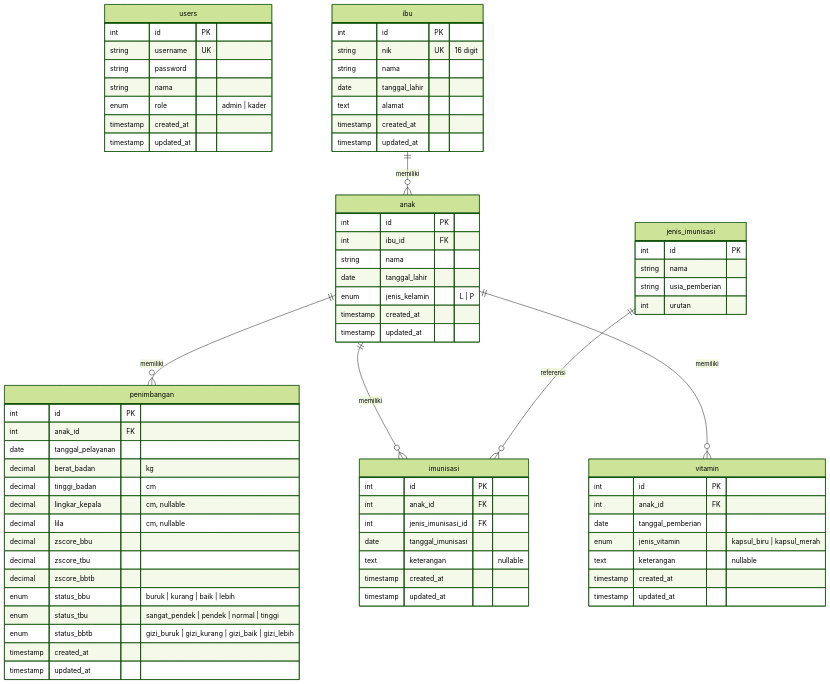
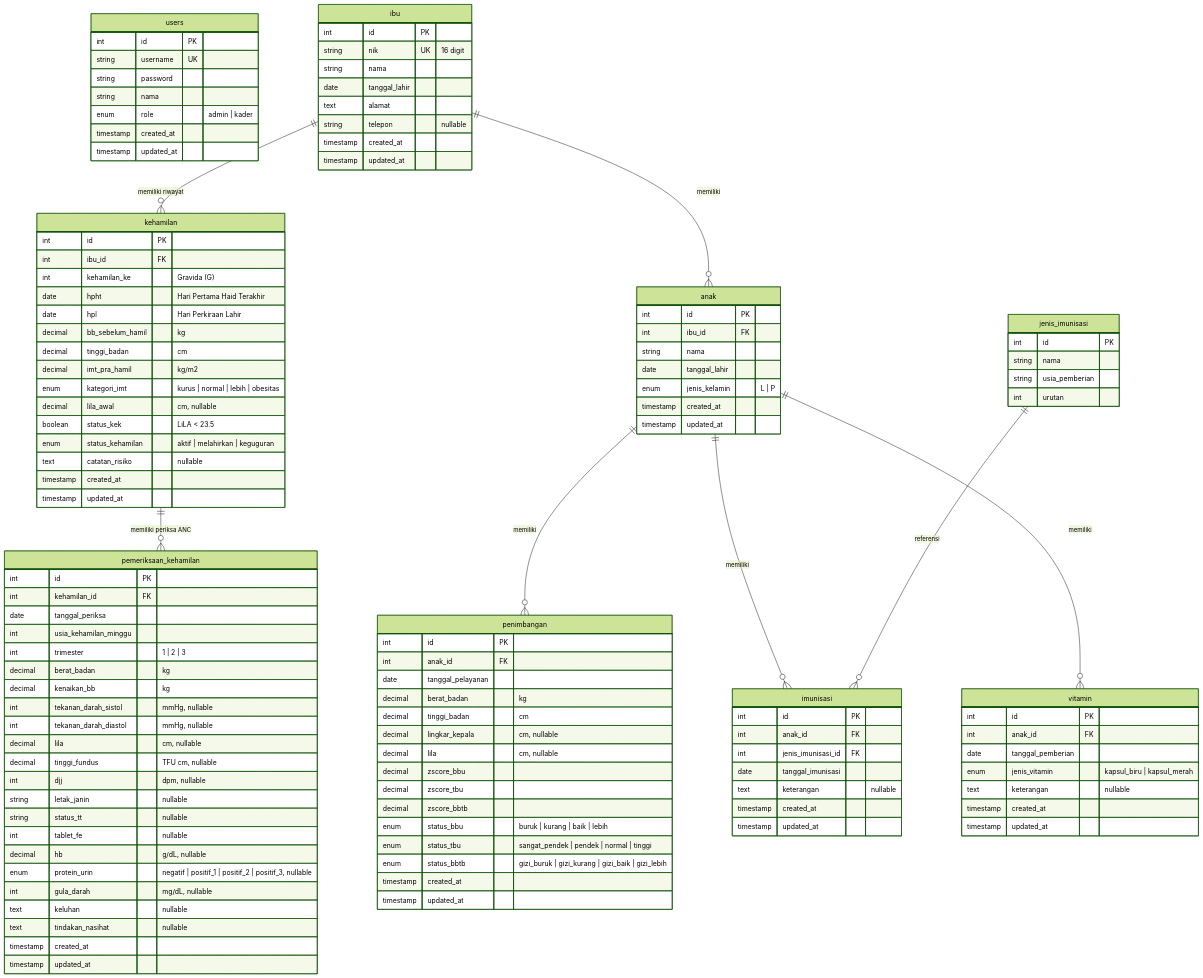
One commit to cubefreaker/posyandu changed the diagram in docs/ERD.md. Above: the diagram before and after it, drawn with Mermaid (forest theme). The commit also changed 32 other files, not shown here.

```diff
--- a/docs/ERD.md
+++ b/docs/ERD.md
@@ -20,6 +20,50 @@
         string nama
         date tanggal_lahir
         text alamat
+        string telepon "nullable"
+        timestamp created_at
+        timestamp updated_at
+    }
+
+    kehamilan {
+        int id PK
+        int ibu_id FK
+        int kehamilan_ke "Gravida (G)"
+        date hpht "Hari Pertama Haid Terakhir"
+        date hpl "Hari Perkiraan Lahir"
+        decimal bb_sebelum_hamil "kg"
+        decimal tinggi_badan "cm"
+        decimal imt_pra_hamil "kg/m2"
+        enum kategori_imt "kurus | normal | lebih | obesitas"
+        decimal lila_awal "cm, nullable"
+        boolean status_kek "LiLA < 23.5"
+        enum status_kehamilan "aktif | melahirkan | keguguran"
+        text catatan_risiko "nullable"
+        timestamp created_at
+        timestamp updated_at
+    }
+
+    pemeriksaan_kehamilan {
+        int id PK
+        int kehamilan_id FK
+        date tanggal_periksa
+        int usia_kehamilan_minggu
+        int trimester "1 | 2 | 3"
+        decimal berat_badan "kg"
+        decimal kenaikan_bb "kg"
+        int tekanan_darah_sistol "mmHg, nullable"
+        int tekanan_darah_diastol "mmHg, nullable"
+        decimal lila "cm, nullable"
+        decimal tinggi_fundus "TFU cm, nullable"
+        int djj "dpm, nullable"
+        string letak_janin "nullable"
+        string status_tt "nullable"
+        int tablet_fe "nullable"
+        decimal hb "g/dL, nullable"
+        enum protein_urin "negatif | positif_1 | positif_2 | positif_3, nullable"
+        int gula_darah "mg/dL, nullable"
+        text keluhan "nullable"
+        text tindakan_nasihat "nullable"
         timestamp created_at
         timestamp updated_at
     }
@@ -79,6 +123,8 @@
         timestamp updated_at
     }
 
+    ibu ||--o{ kehamilan : "memiliki riwayat"
+    kehamilan ||--o{ pemeriksaan_kehamilan : "memiliki periksa ANC"
     ibu ||--o{ anak : "memiliki"
     anak ||--o{ penimbangan : "memiliki"
     anak ||--o{ imunisasi : "memiliki"
```
